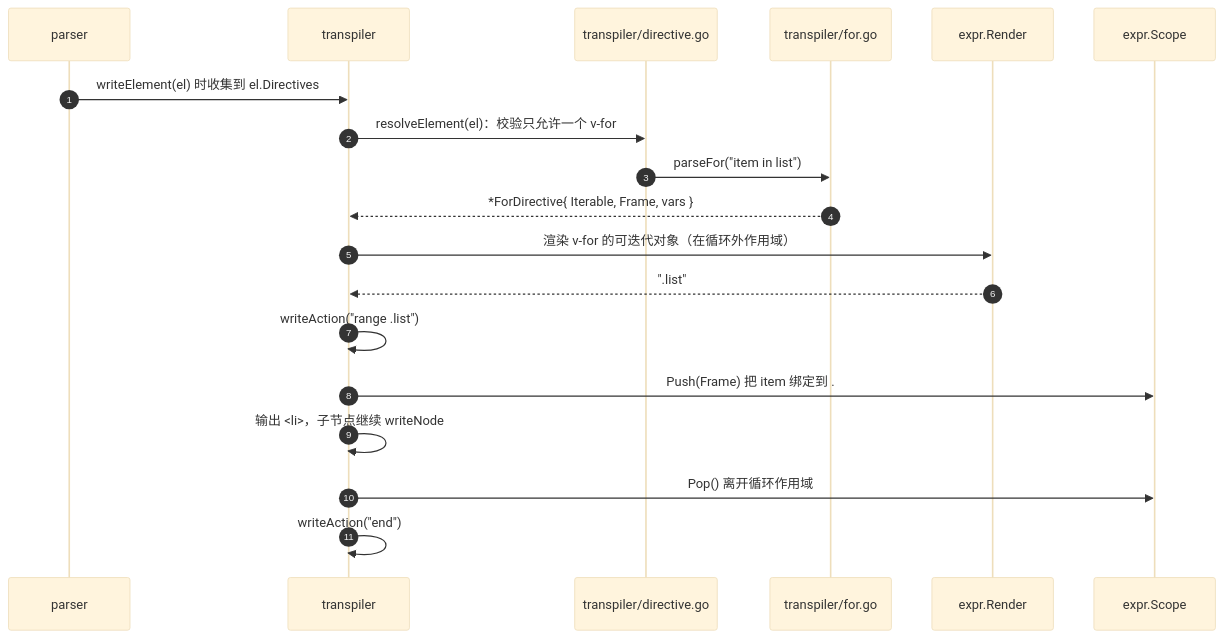
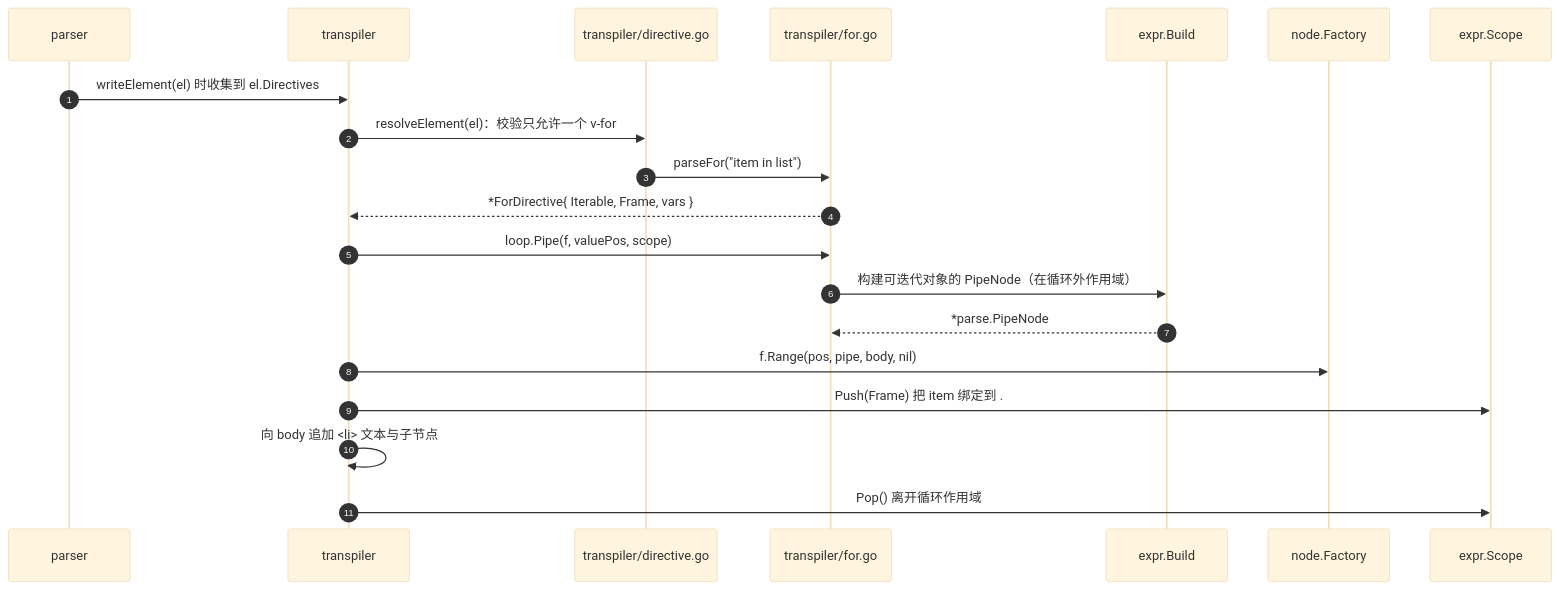
The third of 4 diagrams in README.md (quhongbin/vugo), drawn with Mermaid (base theme) before and after one commit. The commit also changed other lines of this file and 38 other files, not shown here.

````diff
--- a/README.md
+++ b/README.md
@@ -206,22 +216,23 @@
 ```mermaid
 sequenceDiagram
     autonumber
     participant P as parser
     participant T as transpiler
     participant TD as transpiler/directive.go
     participant TF as transpiler/for.go
-    participant E as expr.Render
+    participant E as expr.Build
+    participant F as node.Factory
     participant S as expr.Scope
 
     P->>T: writeElement(el) 时收集到 el.Directives
     T->>TD: resolveElement(el)：校验只允许一个 v-for
     TD->>TF: parseFor("item in list")
     TF-->>T: *ForDirective{ Iterable, Frame, vars }
-    T->>E: 渲染 v-for 的可迭代对象（在循环外作用域）
-    E-->>T: ".list"
-    T->>T: writeAction("range .list")
+    T->>TF: loop.Pipe(f, valuePos, scope)
+    TF->>E: 构建可迭代对象的 PipeNode（在循环外作用域）
+    E-->>TF: *parse.PipeNode
+    T->>F: f.Range(pos, pipe, body, nil)
     T->>S: Push(Frame) 把 item 绑定到 .
-    T->>T: 输出 <li>，子节点继续 writeNode
+    T->>T: 向 body 追加 <li> 文本与子节点
     T->>S: Pop() 离开循环作用域
-    T->>T: writeAction("end")
 ```
````
